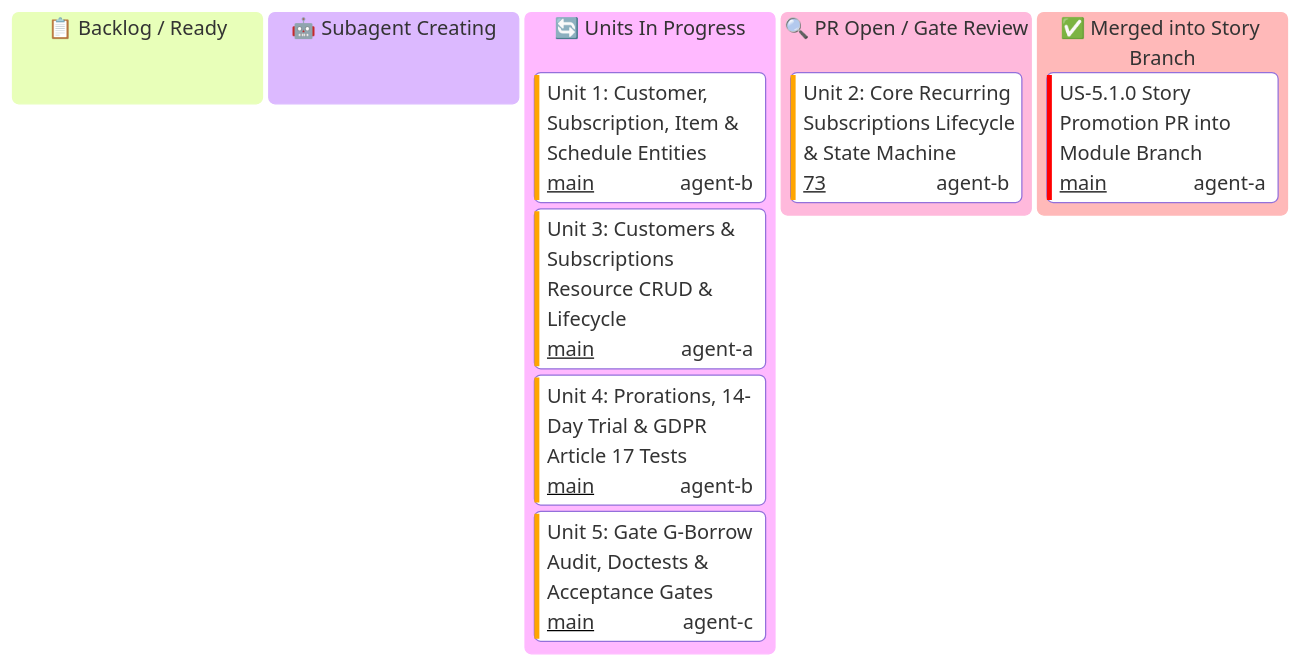
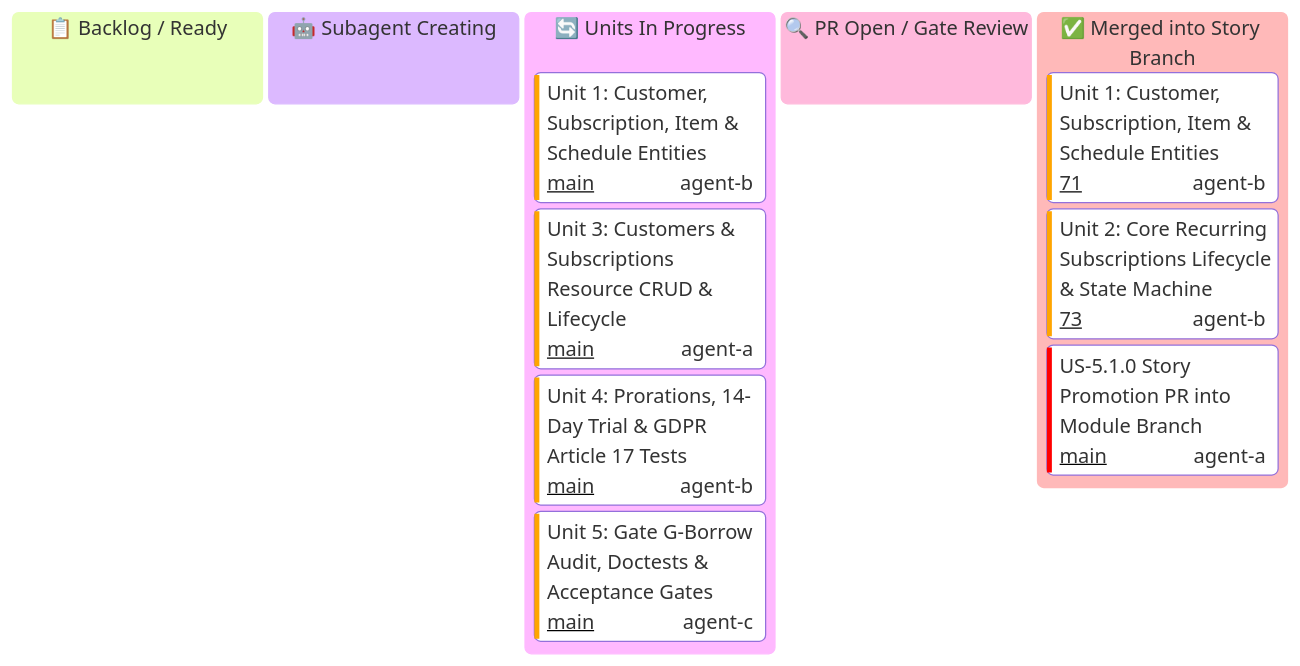
Before and after one commit to some-of-cs/some-stripe: the diagram in docs/user-stories/module-5-customers-and-billing/US-5.1.0-KANBAN.md, drawn with Mermaid. The commit also changed other lines of this file and 1 other file, not shown here.

Commit message:
docs(us-5.1.0/unit-2): update kanban to merged status (7ae355f)

````diff
--- a/docs/user-stories/module-5-customers-and-billing/US-5.1.0-KANBAN.md
+++ b/docs/user-stories/module-5-customers-and-billing/US-5.1.0-KANBAN.md
@@ -12,19 +12,20 @@
 ```mermaid
 ---
 config:
   kanban:
     ticketBaseUrl: 'https://github.com/some-of-cs/some-stripe/pull/#TICKET#'
 ---
 kanban
   todo[📋 Backlog / Ready]
   spawning[🤖 Subagent Creating]
   in_progress[🔄 Units In Progress]
     u511[Unit 1: Customer, Subscription, Item & Schedule Entities]@{ ticket: 'main', assigned: 'agent-b', priority: 'High' }
     u513[Unit 3: Customers & Subscriptions Resource CRUD & Lifecycle]@{ ticket: 'main', assigned: 'agent-a', priority: 'High' }
     u514[Unit 4: Prorations, 14-Day Trial & GDPR Article 17 Tests]@{ ticket: 'main', assigned: 'agent-b', priority: 'High' }
     u515[Unit 5: Gate G-Borrow Audit, Doctests & Acceptance Gates]@{ ticket: 'main', assigned: 'agent-c', priority: 'High' }
   review[🔍 PR Open / Gate Review]
+  done[✅ Merged into Story Branch]
+    u511[Unit 1: Customer, Subscription, Item & Schedule Entities]@{ ticket: '71', assigned: 'agent-b', priority: 'High' }
     u512[Unit 2: Core Recurring Subscriptions Lifecycle & State Machine]@{ ticket: '73', assigned: 'agent-b', priority: 'High' }
-  done[✅ Merged into Story Branch]
     s51_pr[US-5.1.0 Story Promotion PR into Module Branch]@{ ticket: 'main', assigned: 'agent-a', priority: 'Very High' }
 ```
````
